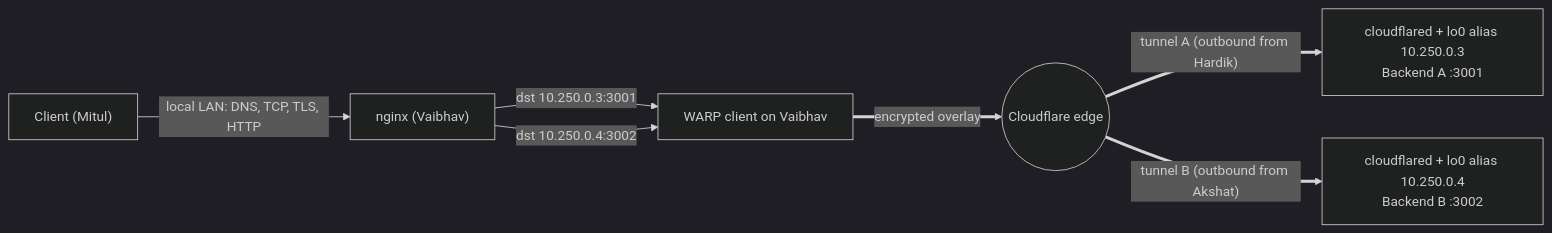
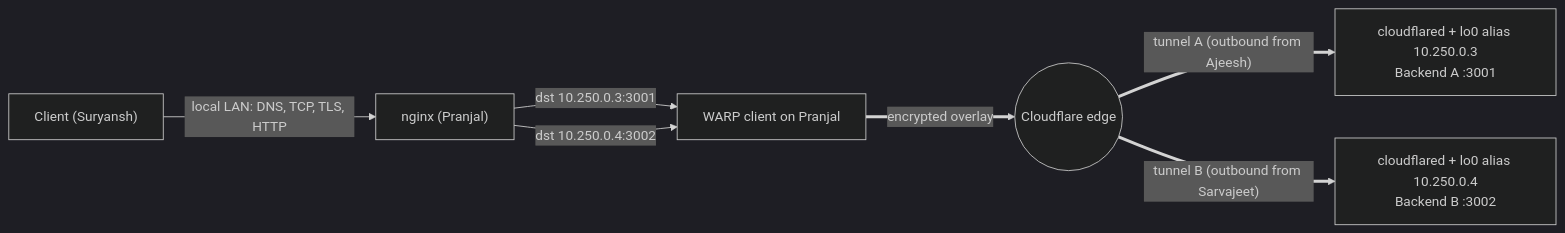
The fourth of 6 diagrams in docs/diagrams.md (TechySuryansh/cn_project), drawn with Mermaid (dark theme) before and after one commit. The commit also changed other lines of this file and 64 other files, not shown here.

Commit message:
Configure project for Suryansh, Pranjal, Ajeesh, and Sarvajeet; purge legacy roles

````diff
--- a/docs/diagrams.md
+++ b/docs/diagrams.md
@@ -39,9 +39,9 @@
 ```mermaid
 flowchart LR
-  C["Client (Mitul)"] -->|"local LAN: DNS, TCP, TLS, HTTP"| E["nginx (Vaibhav)"]
-  E -->|"dst 10.250.0.3:3001"| W["WARP client on Vaibhav"]
+  C["Client (Suryansh)"] -->|"local LAN: DNS, TCP, TLS, HTTP"| E["nginx (Pranjal)"]
+  E -->|"dst 10.250.0.3:3001"| W["WARP client on Pranjal"]
   E -->|"dst 10.250.0.4:3002"| W
   W ==>|"encrypted overlay"| CF(("Cloudflare edge"))
-  CF ==>|"tunnel A (outbound from Hardik)"| HA["cloudflared + lo0 alias 10.250.0.3<br/>Backend A :3001"]
-  CF ==>|"tunnel B (outbound from Akshat)"| HB["cloudflared + lo0 alias 10.250.0.4<br/>Backend B :3002"]
+  CF ==>|"tunnel A (outbound from Ajeesh)"| HA["cloudflared + lo0 alias 10.250.0.3<br/>Backend A :3001"]
+  CF ==>|"tunnel B (outbound from Sarvajeet)"| HB["cloudflared + lo0 alias 10.250.0.4<br/>Backend B :3002"]
 ```
````
